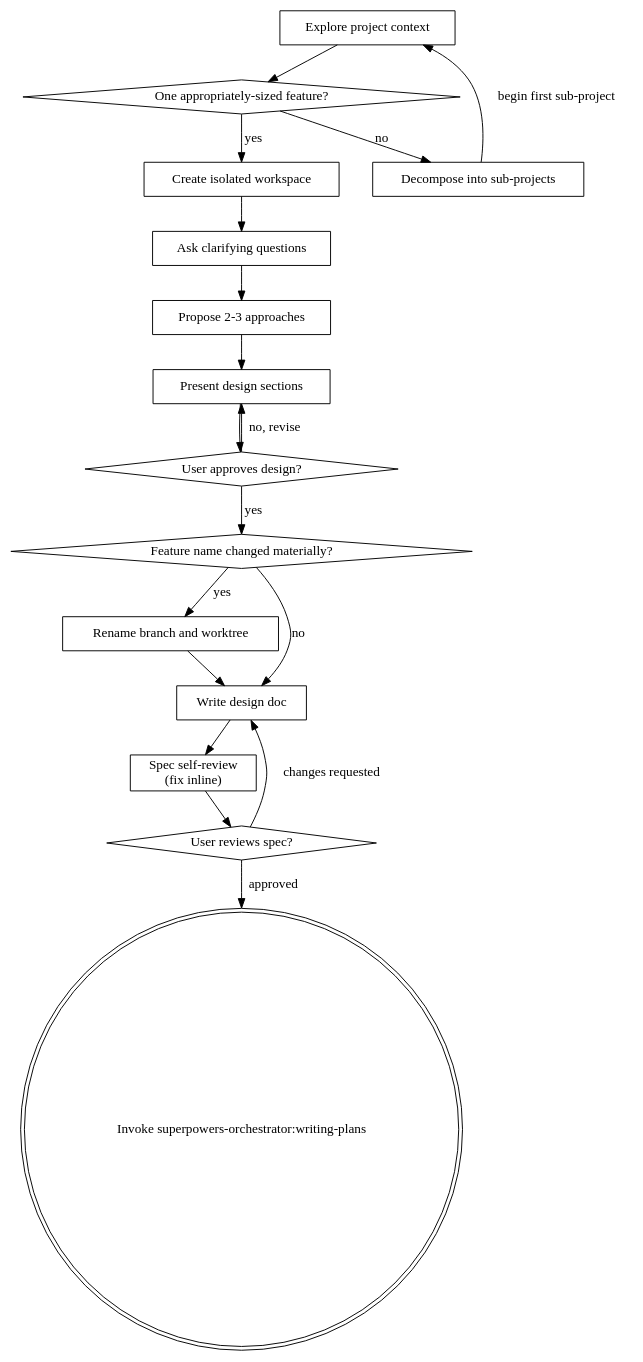
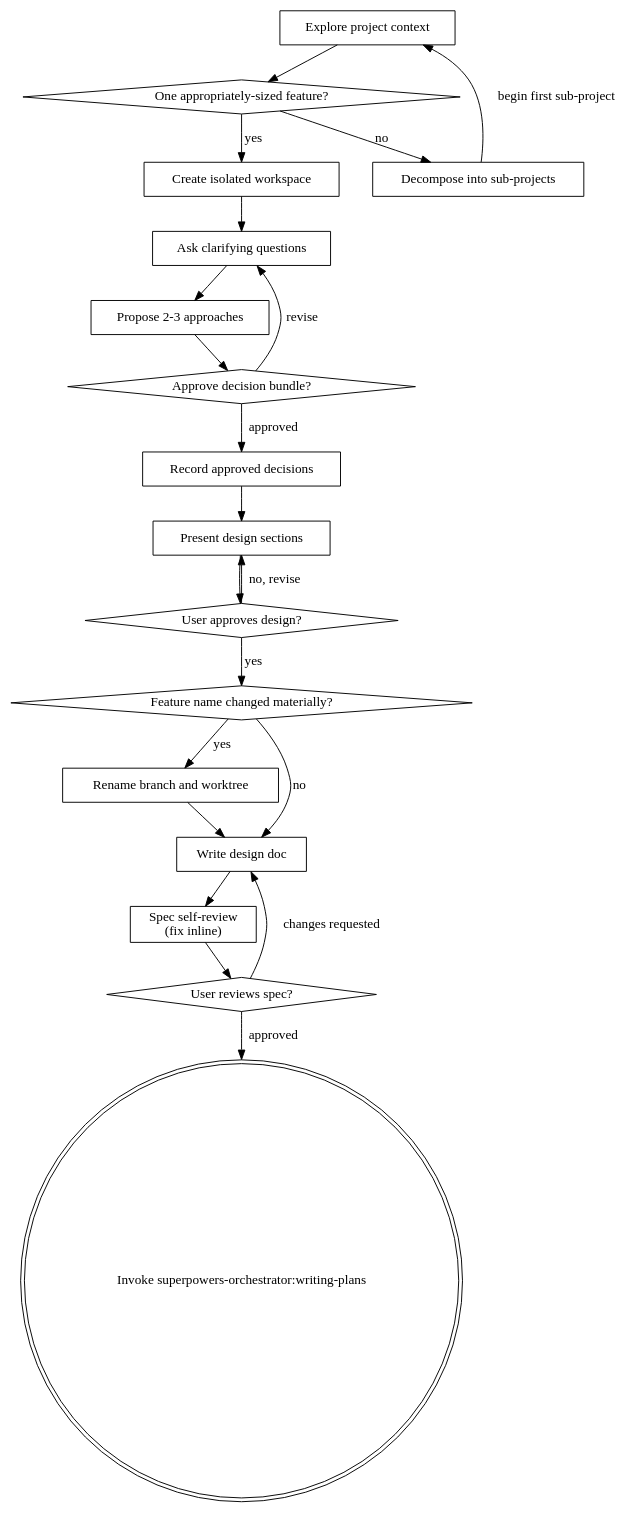
Before and after one commit to extensions-factory/orchestrator: the diagram in skills/brainstorming/SKILL.md, drawn with Graphviz. The commit also changed other lines of this file and 32 other files, not shown here.

````diff
--- a/skills/brainstorming/SKILL.md
+++ b/skills/brainstorming/SKILL.md
@@ -47,36 +51,41 @@
 ```dot
 digraph brainstorming {
     "Explore project context" [shape=box];
     "One appropriately-sized feature?" [shape=diamond];
     "Decompose into sub-projects" [shape=box];
     "Create isolated workspace" [shape=box];
     "Ask clarifying questions" [shape=box];
     "Propose 2-3 approaches" [shape=box];
+    "Approve decision bundle?" [shape=diamond];
+    "Record approved decisions" [shape=box];
     "Present design sections" [shape=box];
     "User approves design?" [shape=diamond];
     "Feature name changed materially?" [shape=diamond];
     "Rename branch and worktree" [shape=box];
     "Write design doc" [shape=box];
     "Spec self-review\n(fix inline)" [shape=box];
     "User reviews spec?" [shape=diamond];
     "Invoke superpowers-orchestrator:writing-plans" [shape=doublecircle];
 
     "Explore project context" -> "One appropriately-sized feature?";
     "One appropriately-sized feature?" -> "Create isolated workspace" [label="yes"];
     "One appropriately-sized feature?" -> "Decompose into sub-projects" [label="no"];
     "Decompose into sub-projects" -> "Explore project context" [label="begin first sub-project"];
     "Create isolated workspace" -> "Ask clarifying questions";
     "Ask clarifying questions" -> "Propose 2-3 approaches";
-    "Propose 2-3 approaches" -> "Present design sections";
+    "Propose 2-3 approaches" -> "Approve decision bundle?";
+    "Approve decision bundle?" -> "Ask clarifying questions" [label="revise"];
+    "Approve decision bundle?" -> "Record approved decisions" [label="approved"];
+    "Record approved decisions" -> "Present design sections";
     "Present design sections" -> "User approves design?";
     "User approves design?" -> "Present design sections" [label="no, revise"];
     "User approves design?" -> "Feature name changed materially?" [label="yes"];
     "Feature name changed materially?" -> "Rename branch and worktree" [label="yes"];
     "Feature name changed materially?" -> "Write design doc" [label="no"];
     "Rename branch and worktree" -> "Write design doc";
     "Write design doc" -> "Spec self-review\n(fix inline)";
     "Spec self-review\n(fix inline)" -> "User reviews spec?";
     "User reviews spec?" -> "Write design doc" [label="changes requested"];
     "User reviews spec?" -> "Invoke superpowers-orchestrator:writing-plans" [label="approved"];
 }
 ```
````
